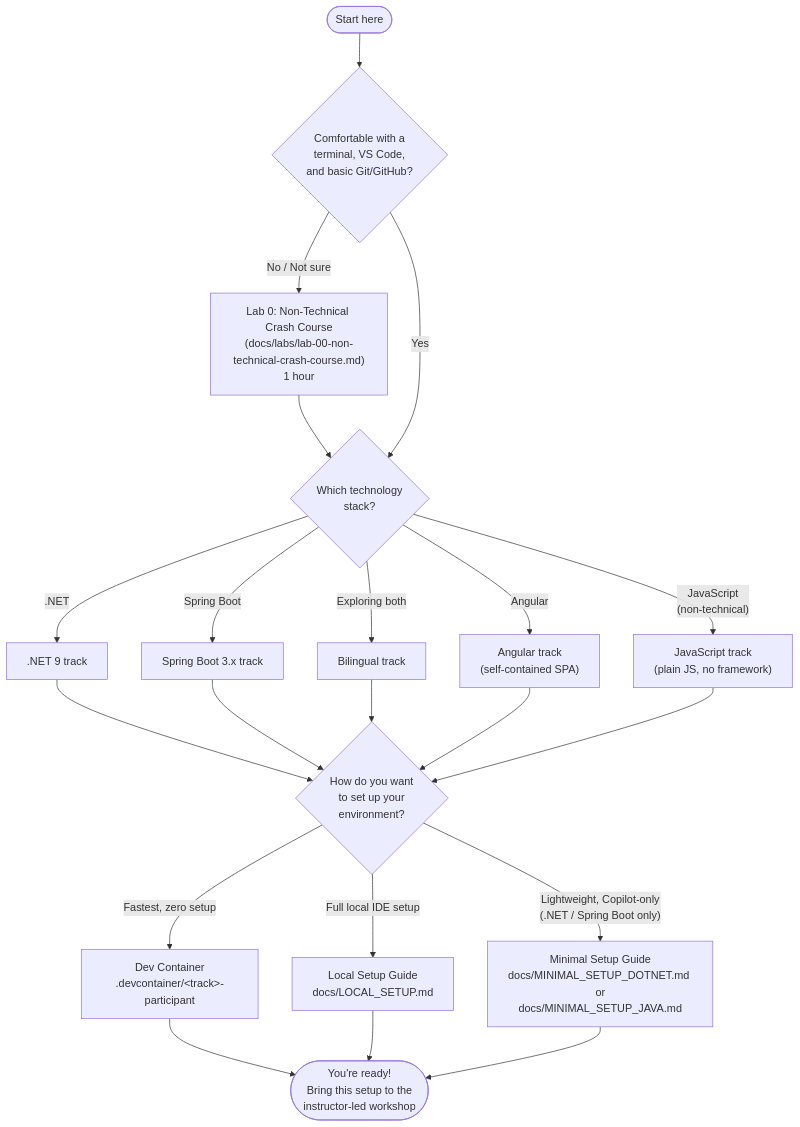
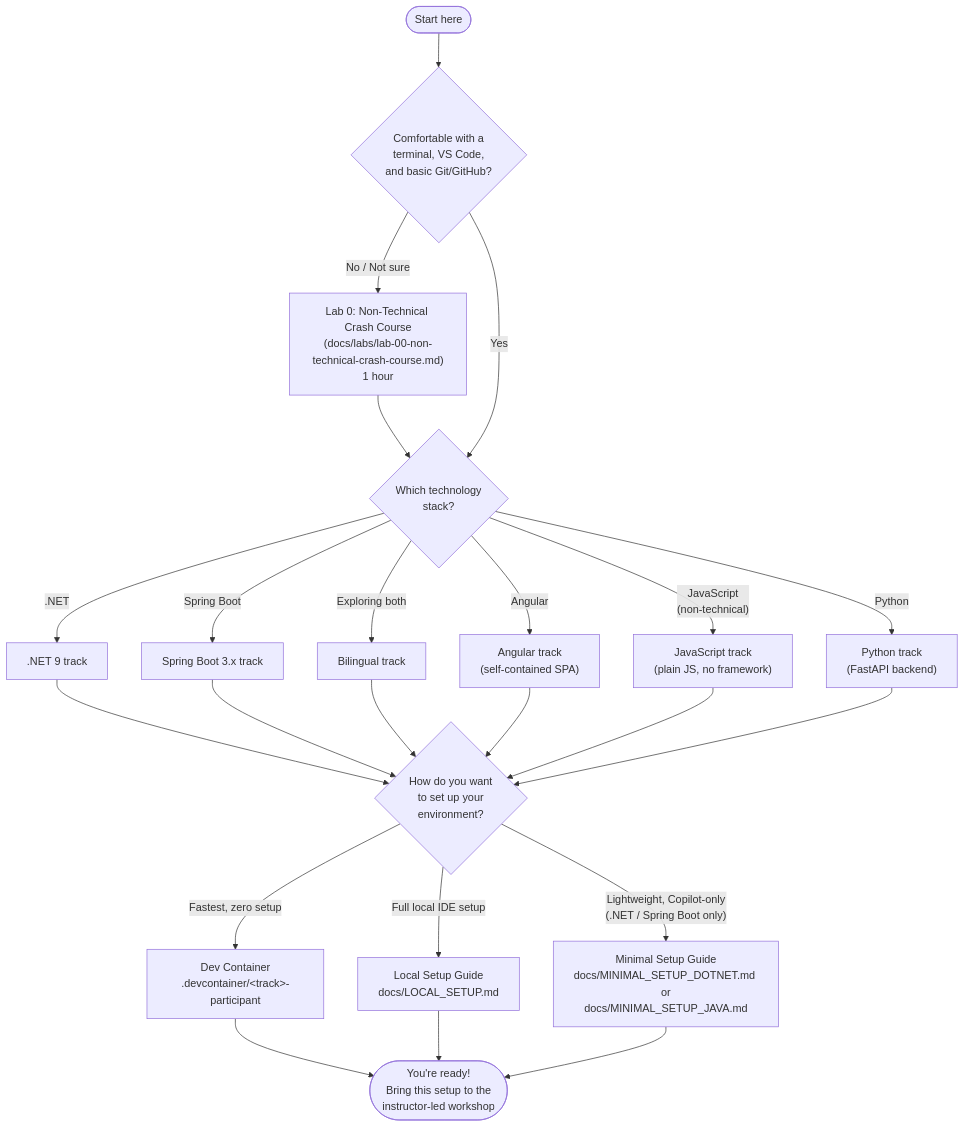
One commit to centricconsulting/ai-coding-workshop changed the diagram in README.md. Above: the diagram before and after it, drawn with Mermaid. The commit also changed other lines of this file and 29 other files, not shown here.

First line of the commit message:
Add Python/FastAPI workshop track

````diff
--- a/README.md
+++ b/README.md
@@ -42,23 +42,25 @@
 ```mermaid
 flowchart TD
     A([Start here]) --> B{Comfortable with a<br>terminal, VS Code,<br>and basic Git/GitHub?}
     B -- "No / Not sure" --> C["Lab 0: Non-Technical Crash Course<br>(docs/labs/lab-00-non-technical-crash-course.md)<br>1 hour"]
     C --> D
     B -- "Yes" --> D{Which technology<br>stack?}
     D -- ".NET" --> E[".NET 9 track"]
     D -- "Spring Boot" --> F["Spring Boot 3.x track"]
     D -- "Exploring both" --> G["Bilingual track"]
     D -- "Angular" --> M["Angular track<br>(self-contained SPA)"]
     D -- "JavaScript<br>(non-technical)" --> Q["JavaScript track<br>(plain JS, no framework)"]
+    D -- "Python" --> P["Python track<br>(FastAPI backend)"]
     E --> H{How do you want<br>to set up your<br>environment?}
     F --> H
     G --> H
     H -- "Fastest, zero setup" --> I["Dev Container<br>.devcontainer/&lt;track&gt;-participant"]
     H -- "Full local IDE setup" --> J["Local Setup Guide<br>docs/LOCAL_SETUP.md"]
     H -- "Lightweight, Copilot-only<br>(.NET / Spring Boot only)" --> K["Minimal Setup Guide<br>docs/MINIMAL_SETUP_DOTNET.md or<br>docs/MINIMAL_SETUP_JAVA.md"]
     M --> H
     Q --> H
+    P --> H
     I --> L(["You're ready!<br>Bring this setup to the<br>instructor-led workshop"])
     J --> L
     K --> L
 ```
````
